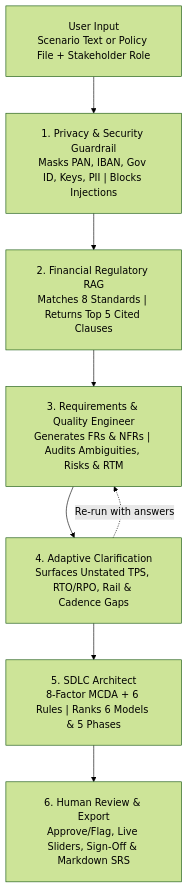
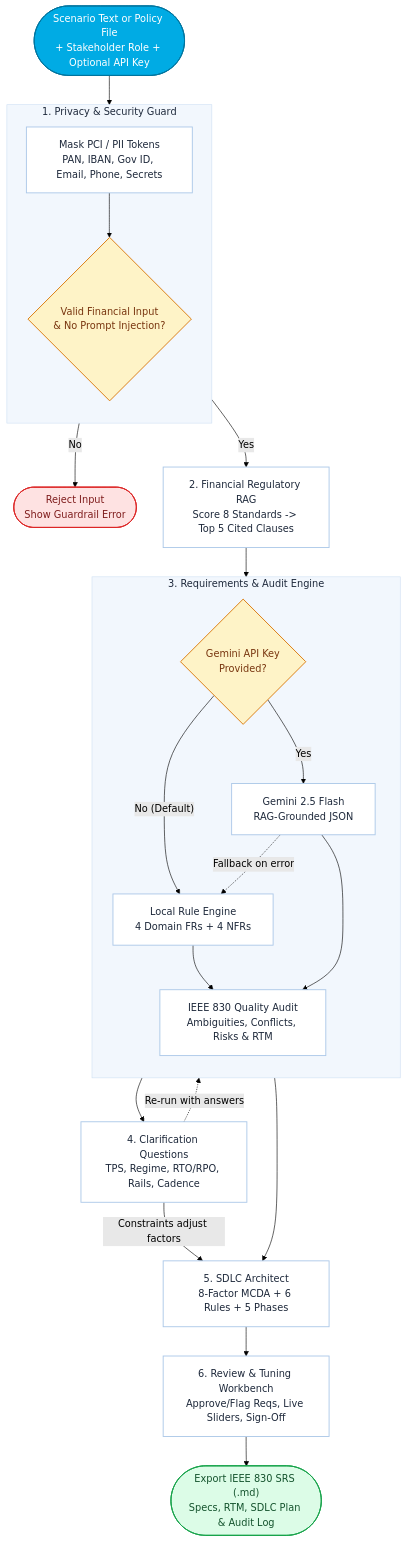
The diagram in README.md (shivamkumar87/finreq-ai), drawn with Mermaid (forest theme) before and after one commit. The commit also changed 1 other file, not shown here.

Commit message:
docs: improve Mermaid flowcharts with multi-line labels, decision gates, and styling

````diff
--- a/README.md
+++ b/README.md
@@ -20,19 +20,57 @@
 ```mermaid
-%%{init: {'flowchart': {'rankSpacing': 60, 'nodeSpacing': 50, 'padding': 22, 'curve': 'basis'}}}%%
+%%{init: {'flowchart': {'rankSpacing': 48, 'nodeSpacing': 44, 'padding': 18, 'curve': 'basis'}}}%%
 flowchart TD
-    Input["User Input\nScenario Text or Policy File + Stakeholder Role"]
-    Guard["1. Privacy & Security Guardrail\nMasks PAN, IBAN, Gov ID, Keys, PII | Blocks Injections"]
-    RAG["2. Financial Regulatory RAG\nMatches 8 Standards | Returns Top 5 Cited Clauses"]
-    Req["3. Requirements & Quality Engineer\nGenerates FRs & NFRs | Audits Ambiguities, Risks & RTM"]
-    Clarify["4. Adaptive Clarification\nSurfaces Unstated TPS, RTO/RPO, Rail & Cadence Gaps"]
-    SDLC["5. SDLC Architect\n8-Factor MCDA + 6 Rules | Ranks 6 Models & 5 Phases"]
-    HITL["6. Human Review & Export\nApprove/Flag, Live Sliders, Sign-Off & Markdown SRS"]
+    Start(["Scenario Text or Policy File<br/>+ Stakeholder Role + Optional API Key"])
 
-    Input --> Guard
-    Guard --> RAG
-    RAG --> Req
-    Req --> Clarify
-    Clarify --> SDLC
-    Clarify -.->|"Re-run with answers"| Req
-    SDLC --> HITL
+    subgraph Gate["1. Privacy & Security Guard"]
+        direction TB
+        Mask["Mask PCI / PII Tokens<br/>PAN, IBAN, Gov ID, Email, Phone, Secrets"]
+        Valid{"Valid Financial Input<br/>& No Prompt Injection?"}
+        Mask --> Valid
+    end
+
+    Reject(["Reject Input<br/>Show Guardrail Error"])
+    RAG["2. Financial Regulatory RAG<br/>Score 8 Standards -> Top 5 Cited Clauses"]
+
+    subgraph Engine["3. Requirements & Audit Engine"]
+        direction TB
+        Mode{"Gemini API Key<br/>Provided?"}
+        Local["Local Rule Engine<br/>4 Domain FRs + 4 NFRs"]
+        Gemini["Gemini 2.5 Flash<br/>RAG-Grounded JSON"]
+        Audit["IEEE 830 Quality Audit<br/>Ambiguities, Conflicts, Risks & RTM"]
+        Mode -->|"No (Default)"| Local
+        Mode -->|"Yes"| Gemini
+        Gemini -.->|"Fallback on error"| Local
+        Local --> Audit
+        Gemini --> Audit
+    end
+
+    Clarify["4. Clarification Questions<br/>TPS, Regime, RTO/RPO, Rails, Cadence"]
+    SDLC["5. SDLC Architect<br/>8-Factor MCDA + 6 Rules + 5 Phases"]
+    Review["6. Review & Tuning Workbench<br/>Approve/Flag Reqs, Live Sliders, Sign-Off"]
+    Export(["Export IEEE 830 SRS (.md)<br/>Specs, RTM, SDLC Plan & Audit Log"])
+
+    Start --> Mask
+    Valid -->|"No"| Reject
+    Valid -->|"Yes"| RAG --> Mode
+    Audit --> Clarify
+    Audit --> SDLC
+    Clarify -->|"Constraints adjust factors"| SDLC
+    Clarify -.->|"Re-run with answers"| Mode
+    SDLC --> Review --> Export
+
+    classDef io fill:#00ABE4,stroke:#00749E,color:#FFFFFF,stroke-width:1.5px;
+    classDef step fill:#FFFFFF,stroke:#ACC8E8,color:#1E293B,stroke-width:1.5px;
+    classDef gate fill:#FEF3C7,stroke:#D97706,color:#78350F,stroke-width:1.5px;
+    classDef danger fill:#FEE2E2,stroke:#DC2626,color:#7F1D1D,stroke-width:1.5px;
+    classDef done fill:#DCFCE7,stroke:#16A34A,color:#14532D,stroke-width:1.5px;
+
+    class Start io;
+    class Mask,RAG,Local,Gemini,Audit,Clarify,SDLC,Review step;
+    class Valid,Mode gate;
+    class Reject danger;
+    class Export done;
+
+    style Gate fill:#F2F7FD,stroke:#CFE0F3,color:#1E293B
+    style Engine fill:#F2F7FD,stroke:#CFE0F3,color:#1E293B
 ```
````
